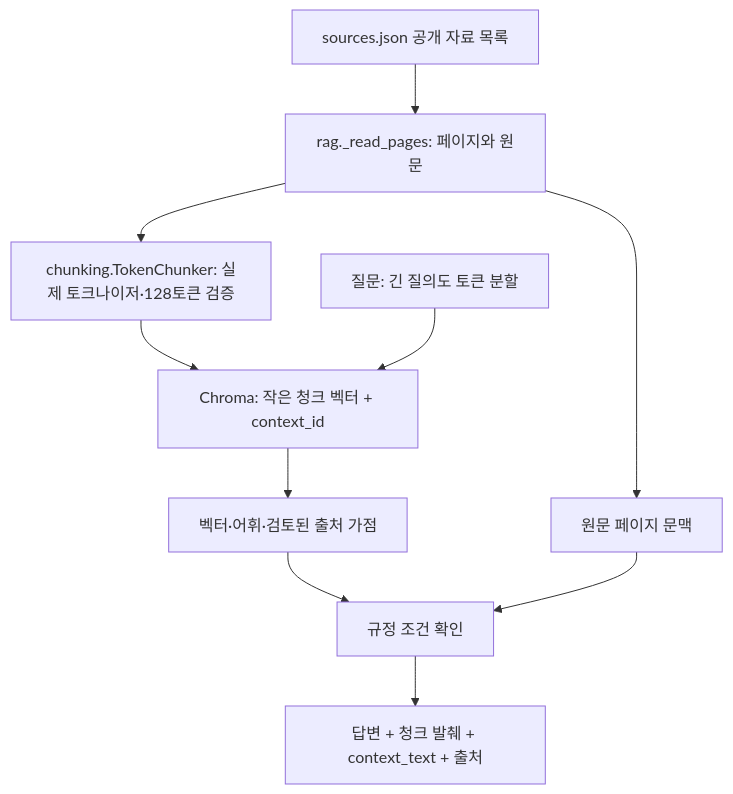
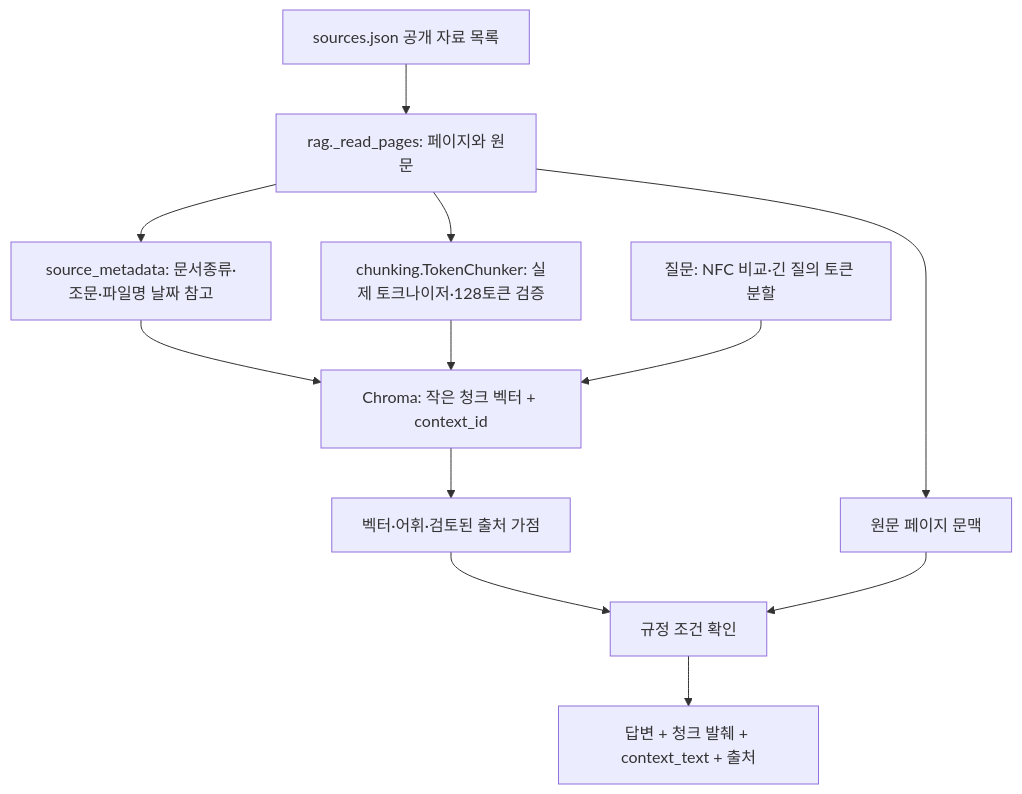
Before and after one commit to on21life-google/jolup-graduation-agent: the diagram in docs/RAG.md, drawn with Mermaid. The commit also changed other lines of this file and 50 other files, not shown here.

````diff
--- a/docs/RAG.md
+++ b/docs/RAG.md
@@ -86,12 +103,14 @@
 ```mermaid
 flowchart TD
     A["sources.json 공개 자료 목록"] --> B["rag._read_pages: 페이지와 원문"]
     B --> C["chunking.TokenChunker: 실제 토크나이저·128토큰 검증"]
+    B --> M["source_metadata: 문서종류·조문·파일명 날짜 참고"]
+    M --> D
     C --> D["Chroma: 작은 청크 벡터 + context_id"]
     B --> P["원문 페이지 문맥"]
-    Q["질문: 긴 질의도 토큰 분할"] --> D
+    Q["질문: NFC 비교·긴 질의 토큰 분할"] --> D
     D --> R["벡터·어휘·검토된 출처 가점"]
     R --> V["규정 조건 확인"]
     P --> V
     V --> E["답변 + 청크 발췌 + context_text + 출처"]
 ```
````
